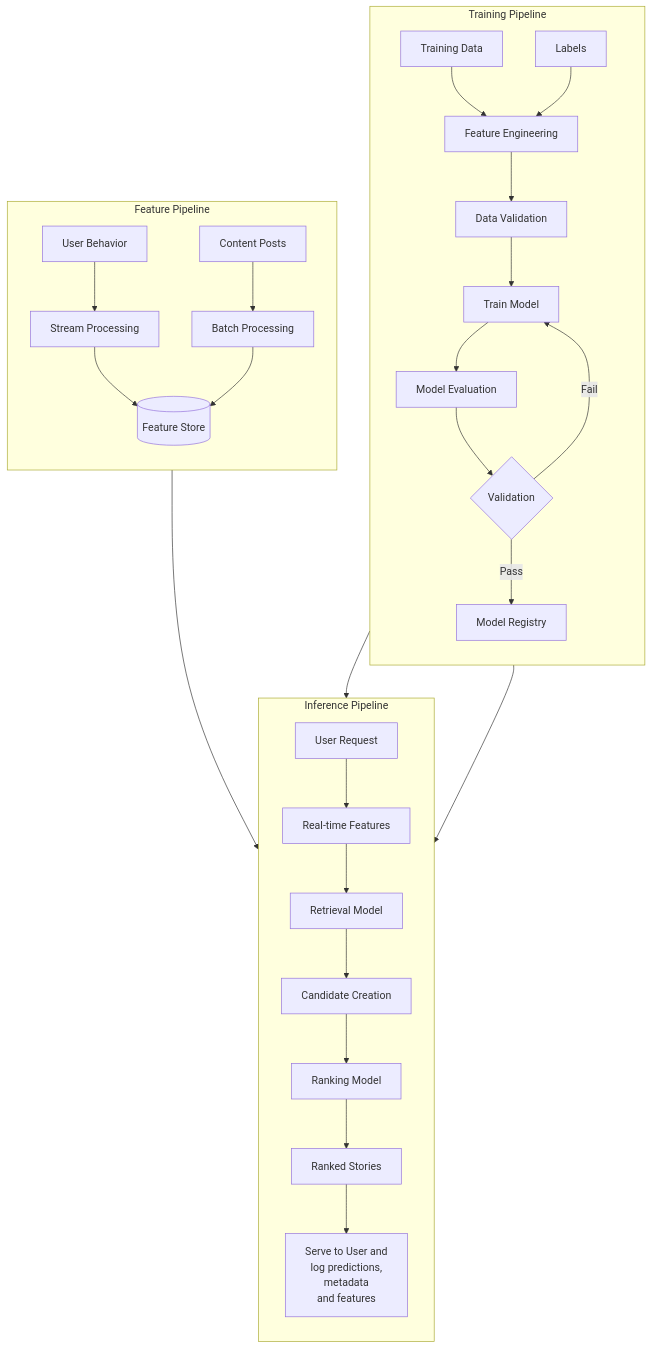
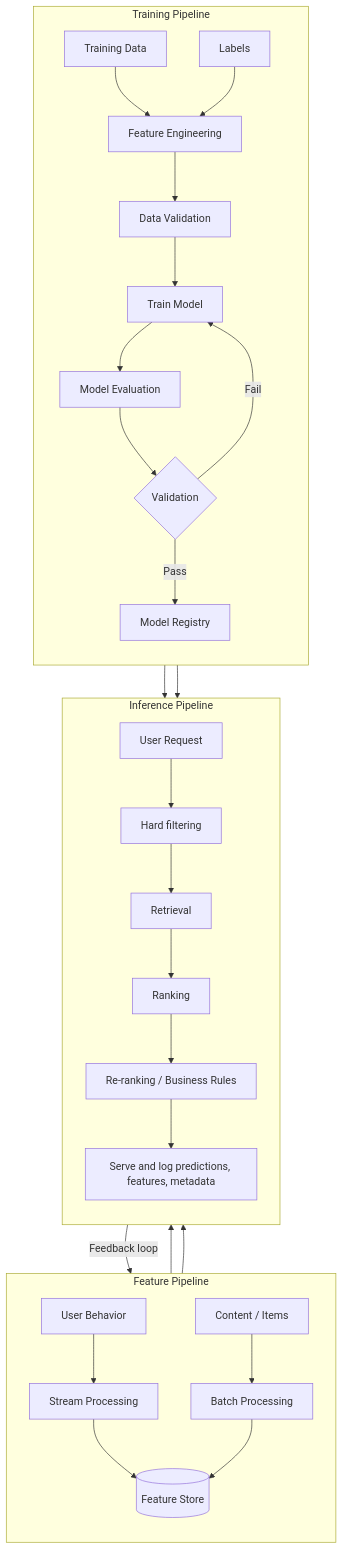
The diagram in Use_cases/Recommendation system.md (Erlemar/dswok), drawn with Mermaid before and after one commit. The commit also changed other lines of this file and 21 other files, not shown here.

````diff
--- a/Use_cases/Recommendation system.md
+++ b/Use_cases/Recommendation system.md
@@ -54,39 +76,38 @@
 ```mermaid
 flowchart TD
     subgraph Training Pipeline
         direction TB
         TD[Training Data] --> FE[Feature Engineering]
         L[Labels] --> FE
         FE --> DV[Data Validation]
         DV --> TM[Train Model]
         TM --> ME[Model Evaluation]
         ME --> MV{Validation}
         MV -->|Pass| DR[Model Registry]
         MV -->|Fail| TM
     end
 
     subgraph Feature Pipeline
         direction TB
         UB[User Behavior] --> SP[Stream Processing]
-        CP[Content Posts] --> BP[Batch Processing]
+        CP[Content / Items] --> BP[Batch Processing]
         SP --> FS[(Feature Store)]
         BP --> FS
     end
 
     subgraph Inference Pipeline
         direction TB
-        UR[User Request] --> RF[Real-time Features]
-        RF --> RM[Retrieval Model]
-        RM --> CC[Candidate Creation]
-        CC --> RankM[Ranking Model]
-        RankM --> RS[Ranked Stories]
-        RS --> Serve[Serve to User and
-        log predictions,
-        metadata
-        and features]
-        
-        FS --> RF
-        DR --> RM
-        DR --> RankM
+        UR[User Request] --> HF[Hard filtering]
+        HF --> RET[Retrieval]
+        RET --> RANK[Ranking]
+        RANK --> RER[Re-ranking / Business Rules]
+        RER --> Serve[Serve and log predictions, features, metadata]
+
+        FS --> RET
+        FS --> RANK
+        DR --> RET
+        DR --> RANK
     end
+
+    Serve -->|Feedback loop| UB
 ```
````
